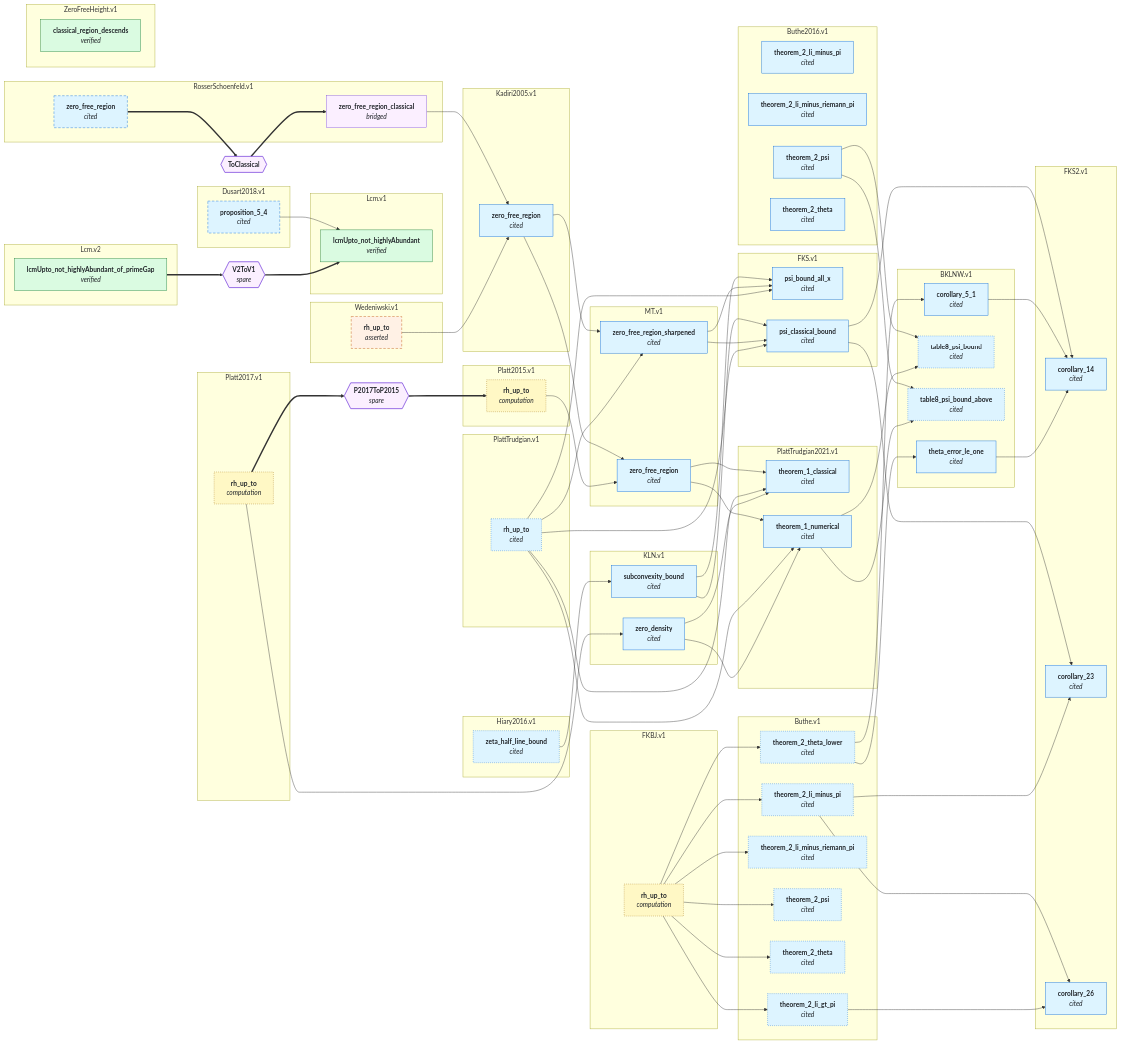
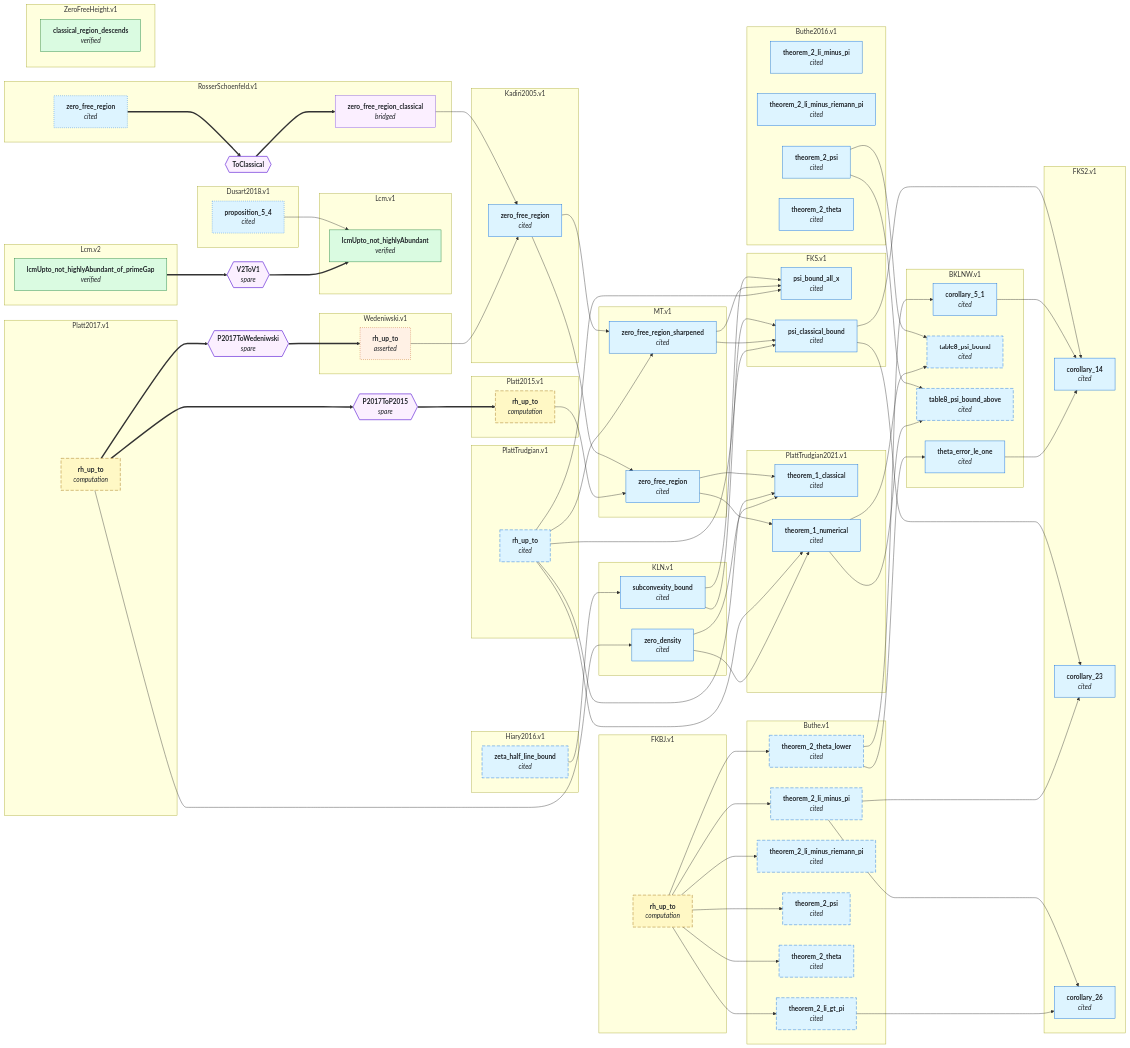
One commit to teorth/IEANTN changed the second of 2 diagrams in GRAPH.md. Above: the diagram before and after it, drawn with Mermaid. The commit also changed other lines of this file and 17 other files, not shown here.

First line of the commit message:
Bridge Platt2017 to Wedeniwski, redo the borders, and trace Hiary

```diff
--- a/GRAPH.md
+++ b/GRAPH.md
@@ -263,22 +265,25 @@
   BRRosserSchoenfeld_v1_zero_free_region_classical__bridge_from_shape{{"<b>ToClassical</b>"}}
   RosserSchoenfeld_v1_zero_free_region ==> BRRosserSchoenfeld_v1_zero_free_region_classical__bridge_from_shape
   BRRosserSchoenfeld_v1_zero_free_region_classical__bridge_from_shape ==> RosserSchoenfeld_v1_zero_free_region_classical
-  style BKLNW_v1_table8_psi_bound stroke-dasharray: 2 3;
-  style BKLNW_v1_table8_psi_bound_above stroke-dasharray: 2 3;
-  style Buthe_v1_theorem_2_li_gt_pi stroke-dasharray: 2 3;
-  style Buthe_v1_theorem_2_li_minus_pi stroke-dasharray: 2 3;
-  style Buthe_v1_theorem_2_li_minus_riemann_pi stroke-dasharray: 2 3;
-  style Buthe_v1_theorem_2_psi stroke-dasharray: 2 3;
-  style Buthe_v1_theorem_2_theta stroke-dasharray: 2 3;
-  style Buthe_v1_theorem_2_theta_lower stroke-dasharray: 2 3;
-  style Dusart2018_v1_proposition_5_4 stroke-dasharray: 6 4;
-  style FKBJ_v1_rh_up_to stroke-dasharray: 2 3;
-  style Hiary2016_v1_zeta_half_line_bound stroke-dasharray: 2 3;
-  style Platt2015_v1_rh_up_to stroke-dasharray: 2 3;
-  style Platt2017_v1_rh_up_to stroke-dasharray: 2 3;
-  style PlattTrudgian_v1_rh_up_to stroke-dasharray: 2 3;
-  style RosserSchoenfeld_v1_zero_free_region stroke-dasharray: 6 4;
-  style Wedeniwski_v1_rh_up_to stroke-dasharray: 6 4;
+  BRWedeniwski_v1_rh_up_to__bridge_from_platt2017{{"<b>P2017ToWedeniwski</b><br/><i>spare</i>"}}
+  Platt2017_v1_rh_up_to ==> BRWedeniwski_v1_rh_up_to__bridge_from_platt2017
+  BRWedeniwski_v1_rh_up_to__bridge_from_platt2017 ==> Wedeniwski_v1_rh_up_to
+  style BKLNW_v1_table8_psi_bound stroke-dasharray: 8 4;
+  style BKLNW_v1_table8_psi_bound_above stroke-dasharray: 8 4;
+  style Buthe_v1_theorem_2_li_gt_pi stroke-dasharray: 8 4;
+  style Buthe_v1_theorem_2_li_minus_pi stroke-dasharray: 8 4;
+  style Buthe_v1_theorem_2_li_minus_riemann_pi stroke-dasharray: 8 4;
+  style Buthe_v1_theorem_2_psi stroke-dasharray: 8 4;
+  style Buthe_v1_theorem_2_theta stroke-dasharray: 8 4;
+  style Buthe_v1_theorem_2_theta_lower stroke-dasharray: 8 4;
+  style Dusart2018_v1_proposition_5_4 stroke-dasharray: 2 3;
+  style FKBJ_v1_rh_up_to stroke-dasharray: 8 4;
+  style Hiary2016_v1_zeta_half_line_bound stroke-dasharray: 8 4;
+  style Platt2015_v1_rh_up_to stroke-dasharray: 8 4;
+  style Platt2017_v1_rh_up_to stroke-dasharray: 8 4;
+  style PlattTrudgian_v1_rh_up_to stroke-dasharray: 8 4;
+  style RosserSchoenfeld_v1_zero_free_region stroke-dasharray: 2 3;
+  style Wedeniwski_v1_rh_up_to stroke-dasharray: 2 3;
   classDef lean_comparator fill:#dafbe1,stroke:#1a7f37,color:#1f2328;
   classDef numerical fill:#fff8c5,stroke:#9a6700,color:#1f2328;
   classDef literature fill:#ddf4ff,stroke:#0969da,color:#1f2328;
@@ -286,7 +291,7 @@
   classDef bridged fill:#fbefff,stroke:#8250df,color:#1f2328;
   classDef none_yet fill:#ffebe9,stroke:#cf222e,color:#1f2328;
   classDef bridge fill:#fbefff,stroke:#8250df,color:#1f2328,stroke-width:2px;
-  class BRLcm_v1_lcmUpto_not_highlyAbundant__bridge_from_v2,BRPlatt2015_v1_rh_up_to__bridge_from_platt2017,BRRosserSchoenfeld_v1_zero_free_region_classical__bridge_from_shape bridge;
+  class BRLcm_v1_lcmUpto_not_highlyAbundant__bridge_from_v2,BRPlatt2015_v1_rh_up_to__bridge_from_platt2017,BRRosserSchoenfeld_v1_zero_free_region_classical__bridge_from_shape,BRWedeniwski_v1_rh_up_to__bridge_from_platt2017 bridge;
   class Wedeniwski_v1_rh_up_to asserted;
   class RosserSchoenfeld_v1_zero_free_region_classical bridged;
   class Lcm_v1_lcmUpto_not_highlyAbundant,Lcm_v2_lcmUpto_not_highlyAbundant_of_primeGap,ZeroFreeHeight_v1_classical_region_descends lean_comparator;
```
